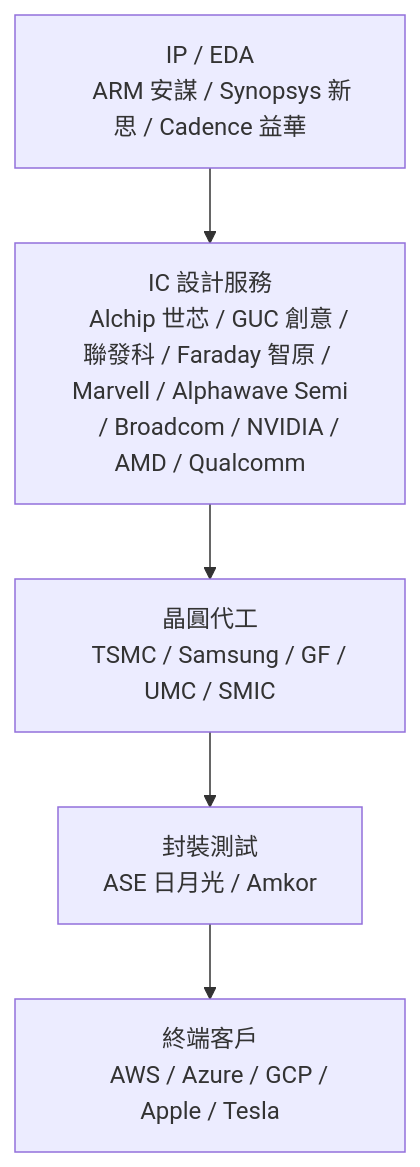
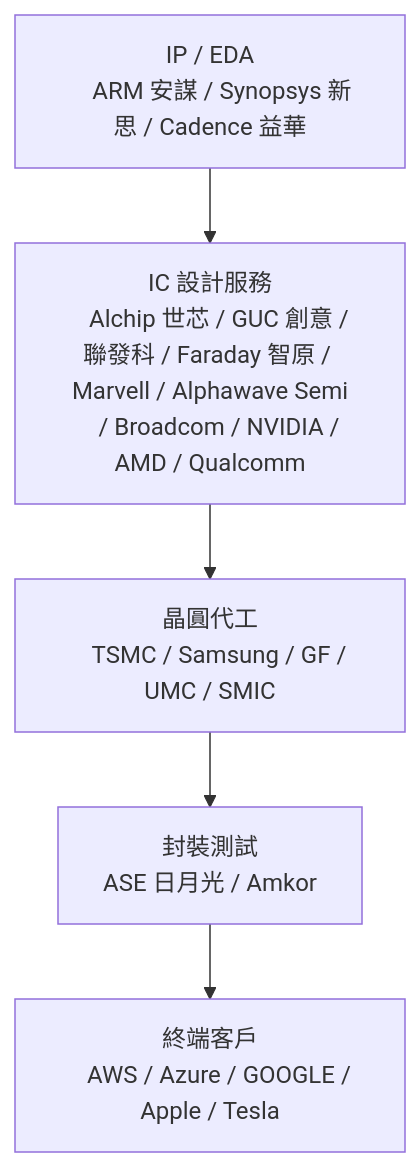
The diagram in README.md (CiCicode/asic-compare), drawn with Mermaid before and after one commit.

````diff
--- a/README.md
+++ b/README.md
@@ -13,16 +13,16 @@
 ```mermaid
 flowchart TD
     A["IP / EDA
     ARM 安謀 / Synopsys 新思 / Cadence 益華"]
     B["IC 設計服務
     Alchip 世芯 / GUC 創意 / 聯發科 / Faraday 智原 / Marvell / Alphawave Semi
     / Broadcom / NVIDIA / AMD / Qualcomm"]
     C["晶圓代工
     TSMC / Samsung / GF / UMC / SMIC"]
     D["封裝測試
     ASE 日月光 / Amkor"]
     E["終端客戶
-    AWS / Azure / GCP / Apple / Tesla"]
+    AWS / Azure / GOOGLE / Apple / Tesla"]
 
     A --> B --> C --> D --> E
 ```
````
